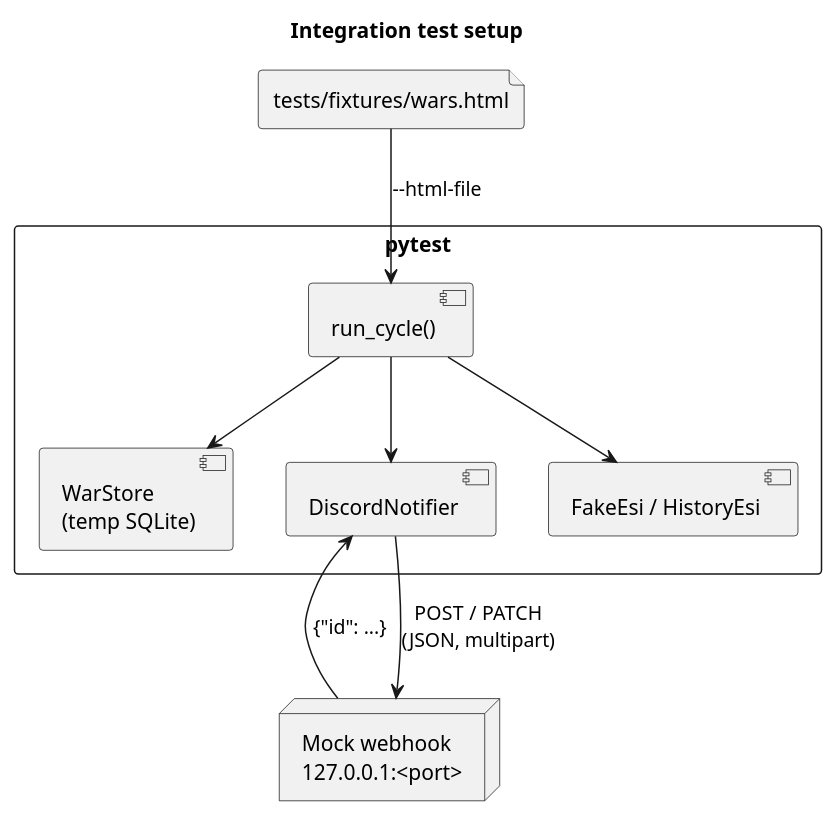
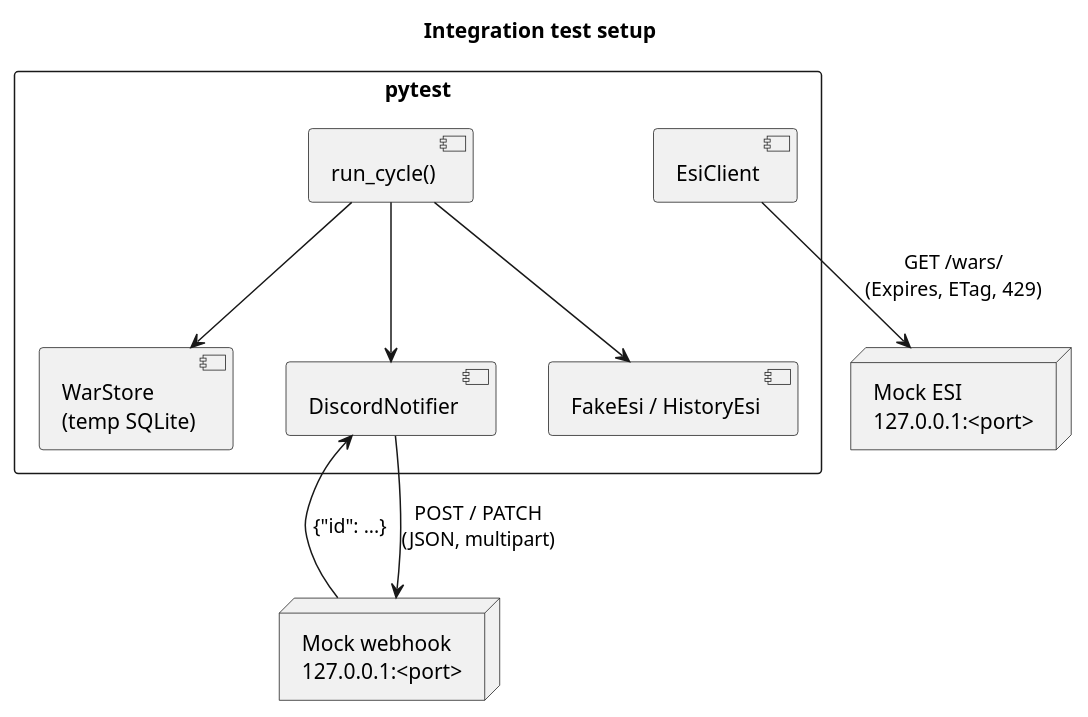
One commit to Headruner/eve-war-bot changed the diagram in docs/wiki/05-Integration-Tests.md. Above: the diagram before and after it, drawn with PlantUML. The commit also changed other lines of this file and 59 other files, not shown here.

Commit message:
2.0.0: wars from CCP ESI instead of DOTLAN

````diff
--- a/docs/wiki/05-Integration-Tests.md
+++ b/docs/wiki/05-Integration-Tests.md
@@ -21,19 +21,20 @@
 ```plantuml
 @startuml
 title Integration test setup
 rectangle "pytest" {
   [run_cycle()] as RC
   [WarStore\n(temp SQLite)] as ST
   [DiscordNotifier] as DN
   [FakeEsi / HistoryEsi] as FE
+  [EsiClient] as EC
 }
-file "tests/fixtures/wars.html" as FX
+node "Mock ESI\n127.0.0.1:<port>" as ME
 node "Mock webhook\n127.0.0.1:<port>" as MW
-FX --> RC : --html-file
+EC --> ME : GET /wars/\n(Expires, ETag, 429)
 RC --> ST
 RC --> FE
 RC --> DN
 DN --> MW : POST / PATCH\n(JSON, multipart)
 MW --> DN : {"id": ...}
 @enduml
 ```
````
